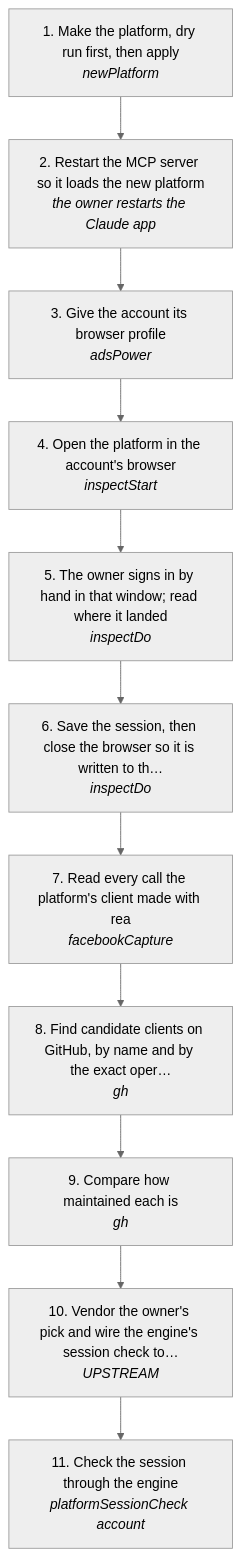
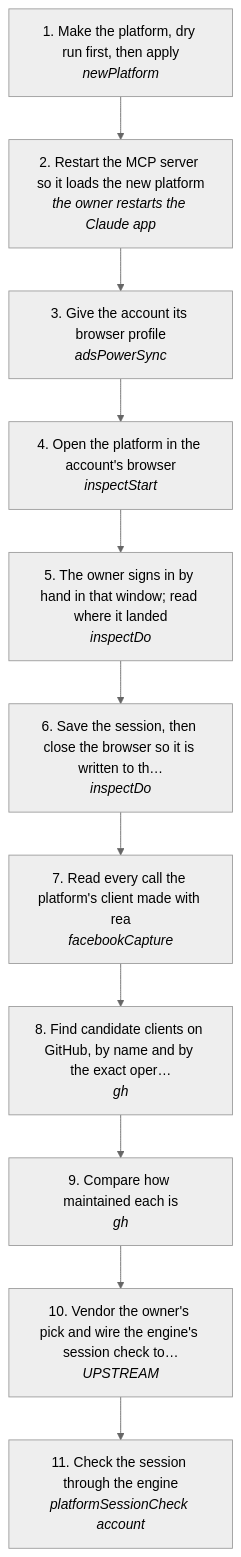
One commit to matthewdonsemail-lab/log changed the diagram in docs/useCases/instagram/newPlatform.md. Above: the diagram before and after it, drawn with Mermaid (neutral theme). The commit also changed other lines of this file and 121 other files, not shown here.

````diff
--- a/docs/useCases/instagram/newPlatform.md
+++ b/docs/useCases/instagram/newPlatform.md
@@ -14,24 +14,24 @@
 ```mermaid
 flowchart TD
   s0["1. Make the platform, dry run first, then apply<br/><i>newPlatform</i>"]
   s1["2. Restart the MCP server so it loads the new platform<br/><i>the owner restarts the Claude app</i>"]
-  s2["3. Give the account its browser profile<br/><i>adsPower</i>"]
+  s2["3. Give the account its browser profile<br/><i>adsPowerSync</i>"]
   s3["4. Open the platform in the account's browser<br/><i>inspectStart</i>"]
   s4["5. The owner signs in by hand in that window; read where it landed<br/><i>inspectDo</i>"]
   s5["6. Save the session, then close the browser so it is written to th…<br/><i>inspectDo</i>"]
   s6["7. Read every call the platform's client made with rea<br/><i>facebookCapture</i>"]
   s7["8. Find candidate clients on GitHub, by name and by the exact oper…<br/><i>gh</i>"]
   s8["9. Compare how maintained each is<br/><i>gh</i>"]
   s9["10. Vendor the owner's pick and wire the engine's session check to…<br/><i>UPSTREAM</i>"]
   s10["11. Check the session through the engine<br/><i>platformSessionCheck account</i>"]
   s0 --> s1
   s1 --> s2
   s2 --> s3
   s3 --> s4
   s4 --> s5
   s5 --> s6
   s6 --> s7
   s7 --> s8
   s8 --> s9
   s9 --> s10
 ```
````
